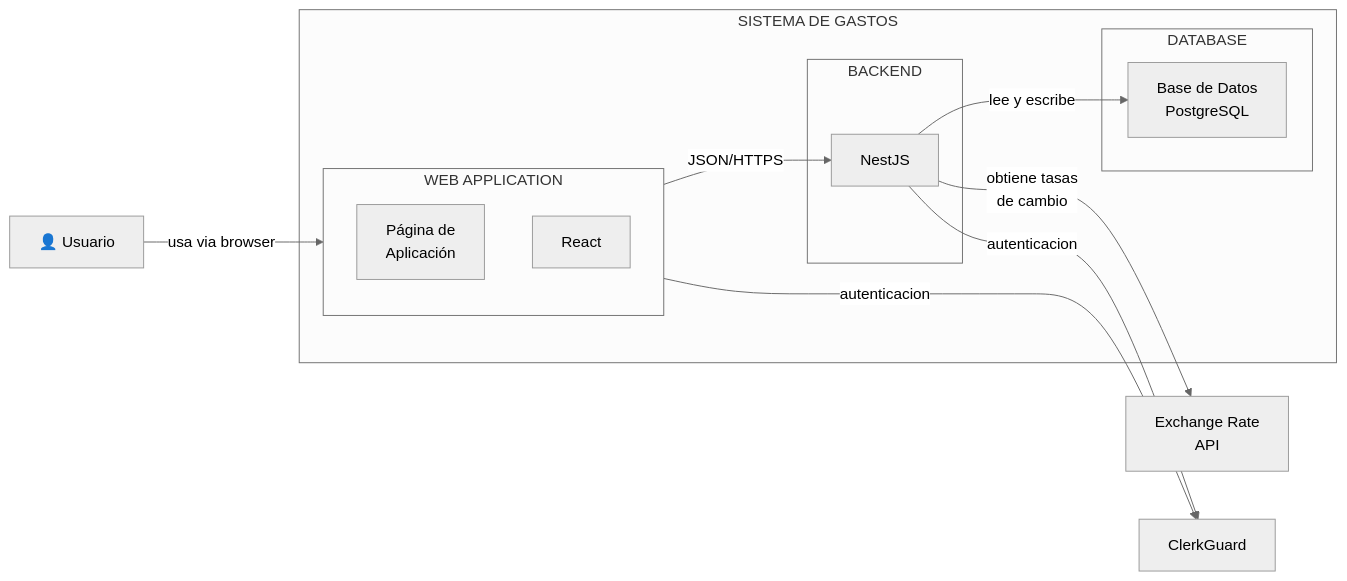
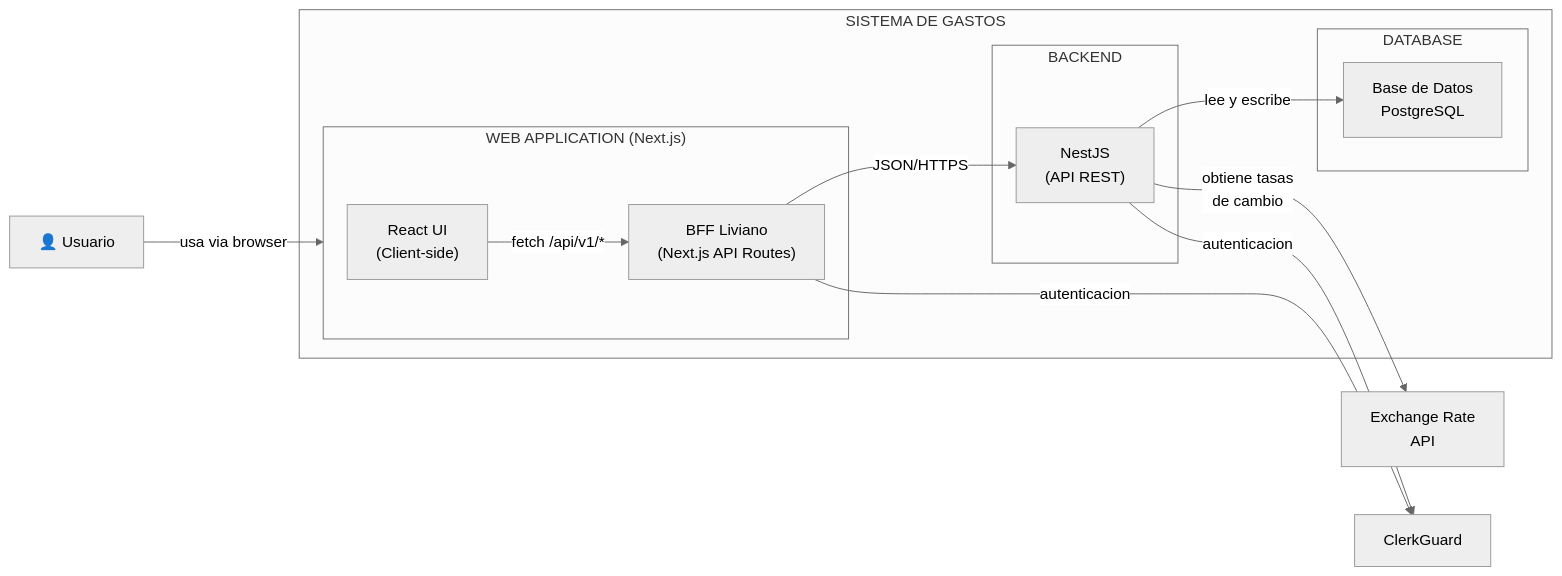
One commit to Enry6tz/Cuentas-Claras-backend changed the second of 3 diagrams in documentacion/02-diagramas.md. Above: the diagram before and after it, drawn with Mermaid (neutral theme). The commit also changed other lines of this file and 30 other files, not shown here.

````diff
--- a/documentacion/02-diagramas.md
+++ b/documentacion/02-diagramas.md
@@ -47,29 +52,30 @@
 ```mermaid
 graph LR
     Usuario["👤 Usuario"]
 
     subgraph SISTEMA["SISTEMA DE GASTOS"]
-        subgraph WEB["WEB APPLICATION"]
-            Pagina["Página de\nAplicación"]
-            React["React"]
+        subgraph WEB["WEB APPLICATION (Next.js)"]
+            React["React UI\n(Client-side)"]
+            BFF["BFF Liviano\n(Next.js API Routes)"]
         end
 
         subgraph BACKEND["BACKEND"]
-            NestJS["NestJS"]
+            NestJS["NestJS\n(API REST)"]
         end
 
         subgraph DATABASE["DATABASE"]
             BaseDatos["Base de Datos\nPostgreSQL"]
         end
     end
 
     ClerkGuard["ClerkGuard"]
     ExchangeAPI["Exchange Rate\nAPI"]
 
     Usuario -->|"usa via browser"| WEB
-    WEB -->|"JSON/HTTPS"| NestJS
+    React -->|"fetch /api/v1/*"| BFF
+    BFF -->|"JSON/HTTPS"| NestJS
     NestJS -->|"lee y escribe"| BaseDatos
     NestJS -->|"obtiene tasas\nde cambio"| ExchangeAPI
-    WEB -->|"autenticacion"| ClerkGuard
+    BFF -->|"autenticacion"| ClerkGuard
     NestJS -->|"autenticacion"| ClerkGuard
 ```
````
